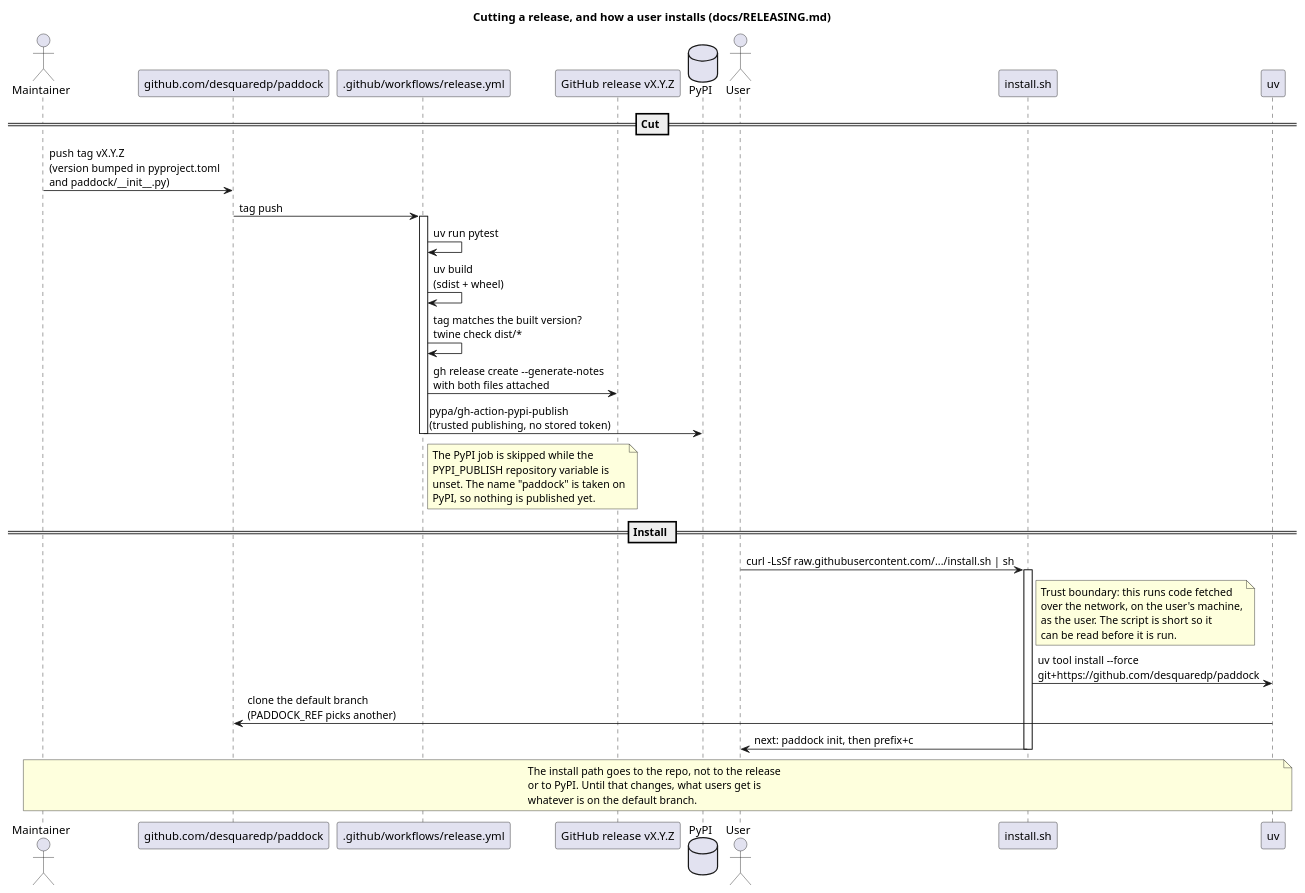
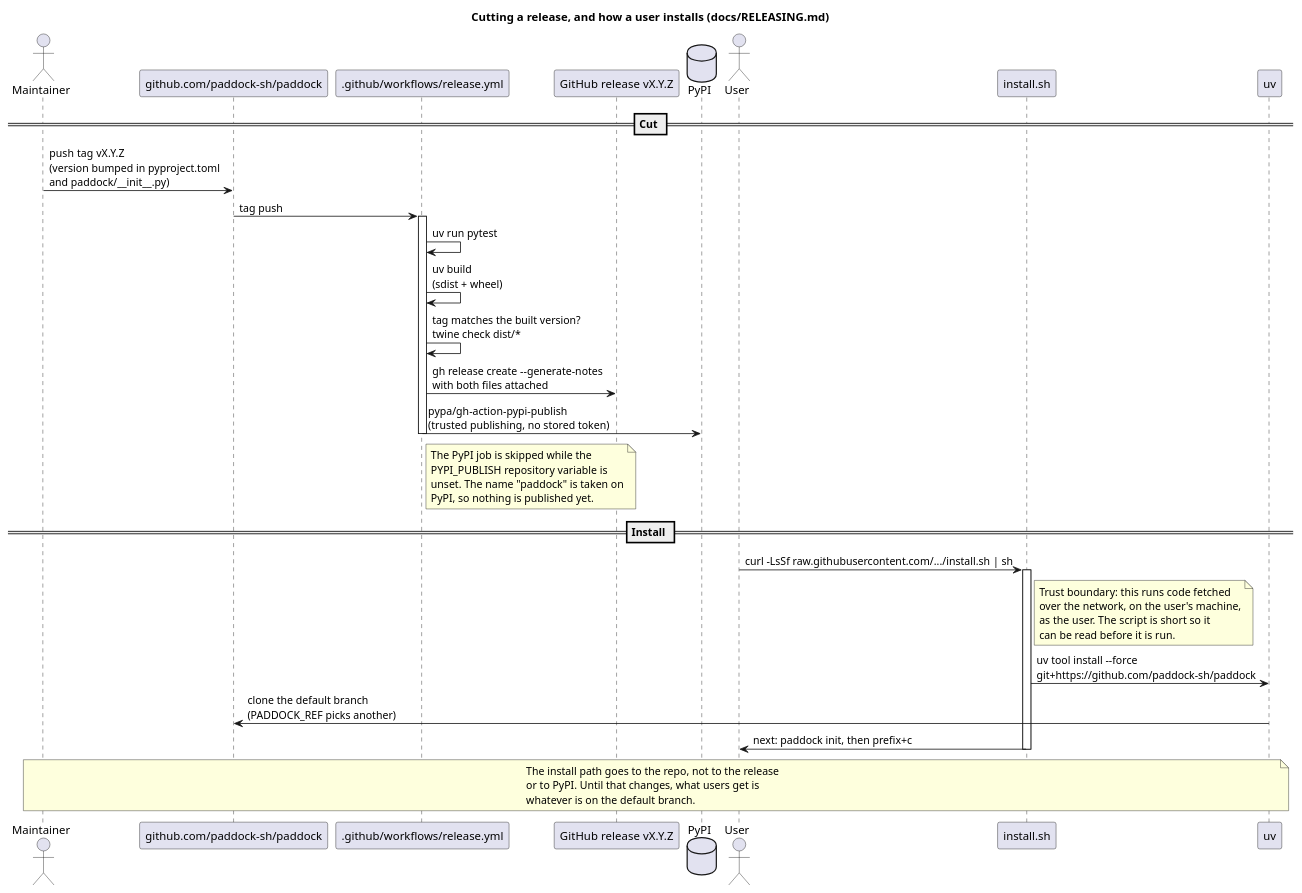
One commit to paddock-sh/paddock changed the diagram in docs/diagrams/release_flow.puml. Above: the diagram before and after it, drawn with PlantUML. The commit also changed 7 other files, not shown here.

```diff
--- a/docs/diagrams/release_flow.puml
+++ b/docs/diagrams/release_flow.puml
@@ -1,54 +1,54 @@
 @startuml release_flow
 title Cutting a release, and how a user installs (docs/RELEASING.md)
 
 skinparam shadowing false
 
 actor Maintainer
-participant "github.com/desquaredp/paddock" as Repo
+participant "github.com/paddock-sh/paddock" as Repo
 participant ".github/workflows/release.yml" as Actions
 participant "GitHub release vX.Y.Z" as Release
 database PyPI
 actor User
 participant "install.sh" as Install
 participant "uv" as Uv
 
 == Cut ==
 
 Maintainer -> Repo: push tag vX.Y.Z\n(version bumped in pyproject.toml\nand paddock/~__init~__.py)
 Repo -> Actions: tag push
 activate Actions
 Actions -> Actions: uv run pytest
 Actions -> Actions: uv build\n(sdist + wheel)
 Actions -> Actions: tag matches the built version?\ntwine check dist/*
 Actions -> Release: gh release create --generate-notes\nwith both files attached
 Actions -> PyPI: pypa/gh-action-pypi-publish\n(trusted publishing, no stored token)
 note right of Actions
   The PyPI job is skipped while the
   PYPI_PUBLISH repository variable is
   unset. The name "paddock" is taken on
   PyPI, so nothing is published yet.
 end note
 deactivate Actions
 
 == Install ==
 
 User -> Install: curl -LsSf raw.githubusercontent.com/.../install.sh | sh
 activate Install
 note right of Install
   Trust boundary: this runs code fetched
   over the network, on the user's machine,
   as the user. The script is short so it
   can be read before it is run.
 end note
-Install -> Uv: uv tool install --force\ngit+https://github.com/desquaredp/paddock
+Install -> Uv: uv tool install --force\ngit+https://github.com/paddock-sh/paddock
 Uv -> Repo: clone the default branch\n(PADDOCK_REF picks another)
 Install -> User: next: paddock init, then prefix+c
 deactivate Install
 
 note across
   The install path goes to the repo, not to the release
   or to PyPI. Until that changes, what users get is
   whatever is on the default branch.
 end note
 
 @enduml
```
